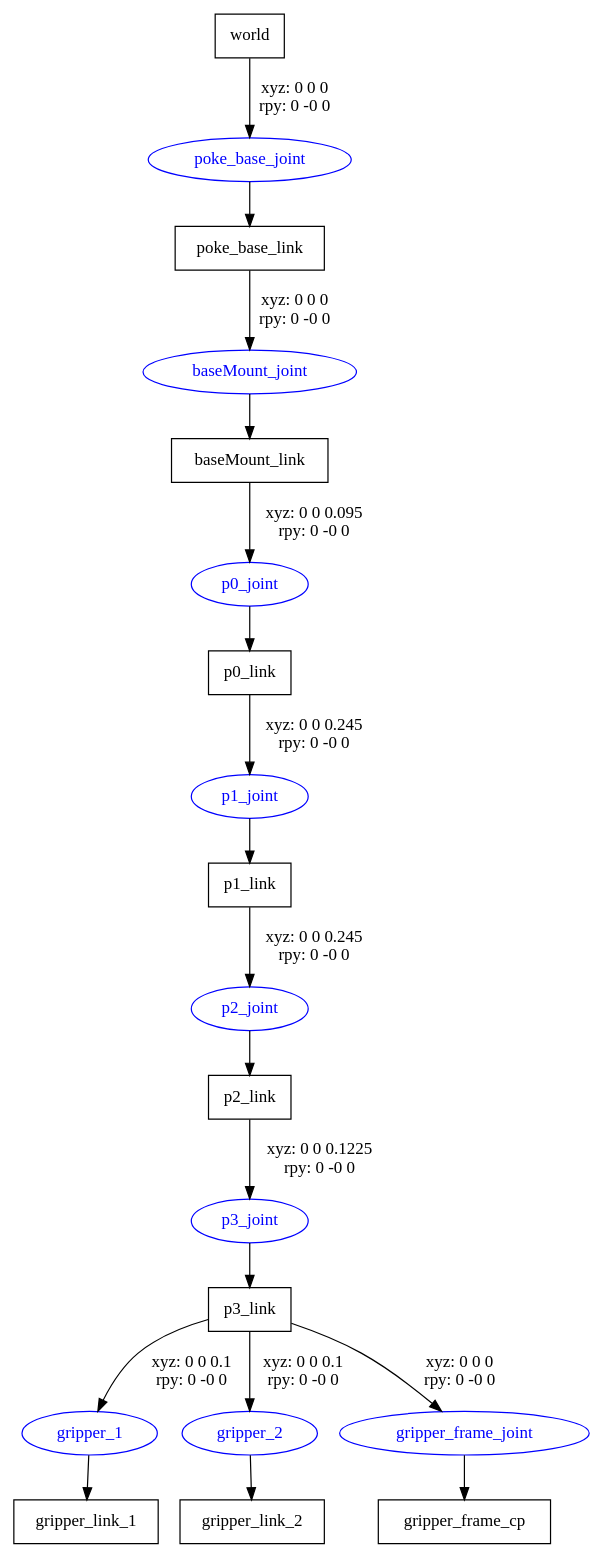
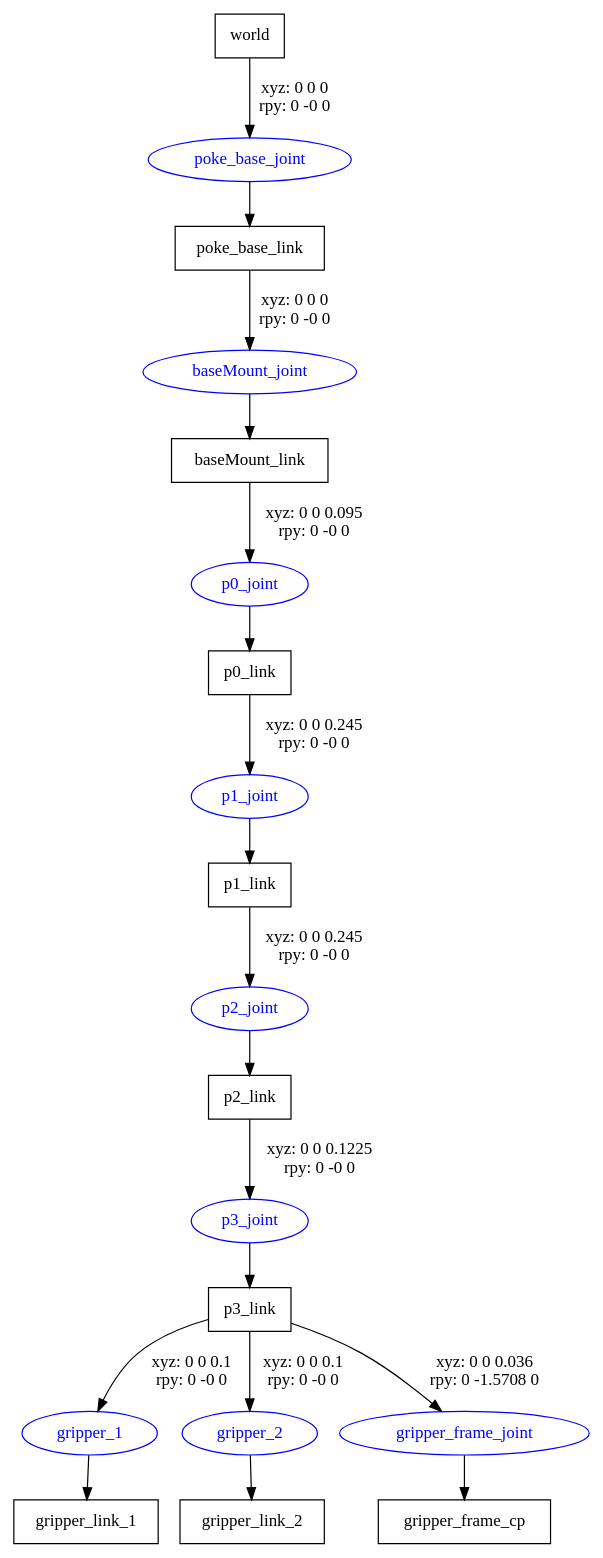
Before and after one commit to Cesar121101/Fundamentacion-de-Robotica: the diagram in poke_description/urdf/poke_arm_main.gv, drawn with Graphviz. The commit also changed 53 other files, not shown here.

```diff
--- a/poke_description/urdf/poke_arm_main.gv
+++ b/poke_description/urdf/poke_arm_main.gv
@@ -1,32 +1,32 @@
 digraph G {
 node [shape=box];
 "world" [label="world"];
 "poke_base_link" [label="poke_base_link"];
 "baseMount_link" [label="baseMount_link"];
 "p0_link" [label="p0_link"];
 "p1_link" [label="p1_link"];
 "p2_link" [label="p2_link"];
 "p3_link" [label="p3_link"];
 "gripper_link_1" [label="gripper_link_1"];
 "gripper_link_2" [label="gripper_link_2"];
 "gripper_frame_cp" [label="gripper_frame_cp"];
 node [shape=ellipse, color=blue, fontcolor=blue];
 "world" -> "poke_base_joint" [label="xyz: 0 0 0 \nrpy: 0 -0 0"]
 "poke_base_joint" -> "poke_base_link"
 "poke_base_link" -> "baseMount_joint" [label="xyz: 0 0 0 \nrpy: 0 -0 0"]
 "baseMount_joint" -> "baseMount_link"
 "baseMount_link" -> "p0_joint" [label="xyz: 0 0 0.095 \nrpy: 0 -0 0"]
 "p0_joint" -> "p0_link"
 "p0_link" -> "p1_joint" [label="xyz: 0 0 0.245 \nrpy: 0 -0 0"]
 "p1_joint" -> "p1_link"
 "p1_link" -> "p2_joint" [label="xyz: 0 0 0.245 \nrpy: 0 -0 0"]
 "p2_joint" -> "p2_link"
 "p2_link" -> "p3_joint" [label="xyz: 0 0 0.1225 \nrpy: 0 -0 0"]
 "p3_joint" -> "p3_link"
 "p3_link" -> "gripper_1" [label="xyz: 0 0 0.1 \nrpy: 0 -0 0"]
 "gripper_1" -> "gripper_link_1"
 "p3_link" -> "gripper_2" [label="xyz: 0 0 0.1 \nrpy: 0 -0 0"]
 "gripper_2" -> "gripper_link_2"
-"p3_link" -> "gripper_frame_joint" [label="xyz: 0 0 0 \nrpy: 0 -0 0"]
+"p3_link" -> "gripper_frame_joint" [label="xyz: 0 0 0.036 \nrpy: 0 -1.5708 0"]
 "gripper_frame_joint" -> "gripper_frame_cp"
 }
```
